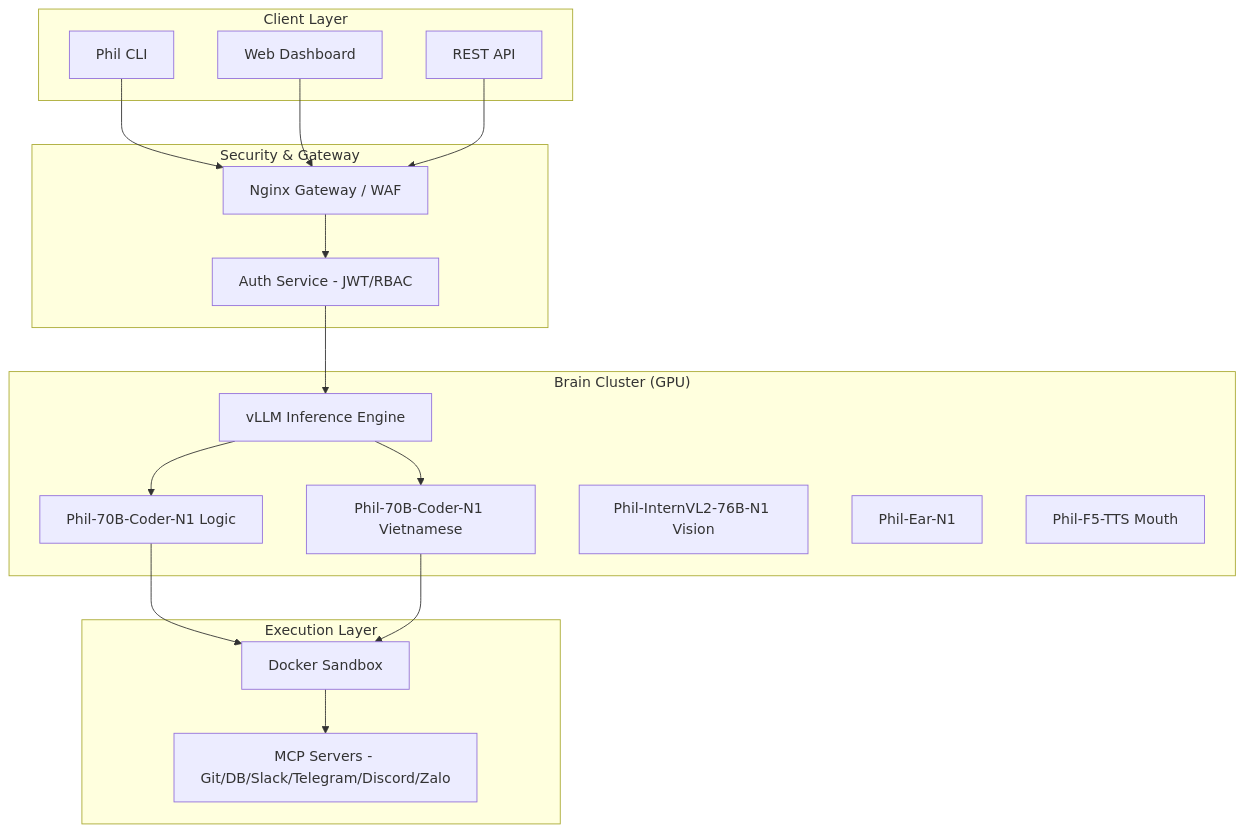
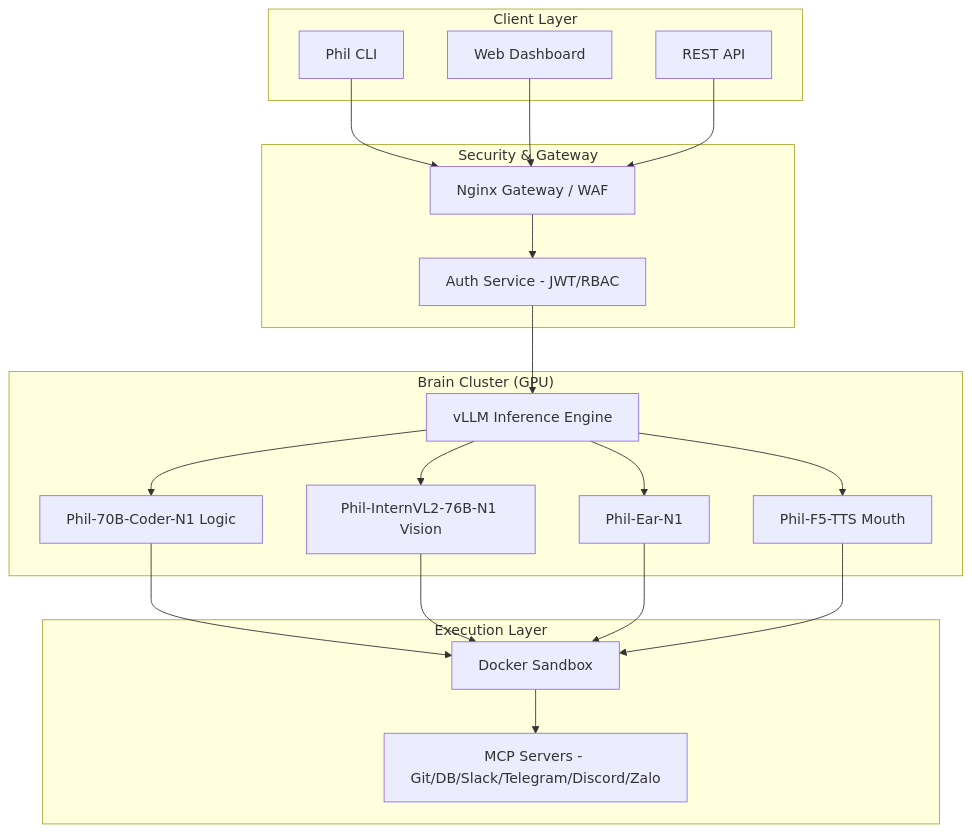
The diagram in README.md (hoang0650/phil-cli), drawn with Mermaid before and after one commit. The commit also changed 2 other files, not shown here.

Commit message:
update model name, README

````diff
--- a/README.md
+++ b/README.md
@@ -53,35 +53,36 @@
 ```mermaid
 graph TD
     subgraph "Client Layer"
         CLI[Phil CLI]
         Web[Web Dashboard]
         API[REST API]
     end
 
     subgraph "Security & Gateway"
         Nginx[Nginx Gateway / WAF]
         Auth[Auth Service - JWT/RBAC]
     end
 
     subgraph "Brain Cluster (GPU)"
         vLLM[vLLM Inference Engine]
         DeepSeek[Phil-70B-Coder-N1 Logic]
-        Qwen[Phil-70B-Coder-N1 Vietnamese]
         OpenGVLab[Phil-InternVL2-76B-N1 Vision]
         OpenAI[Phil-Ear-N1]
         F5-TTS[Phil-F5-TTS Mouth]
     end
 
     subgraph "Execution Layer"
         Sandbox[Docker Sandbox]
         MCP[MCP Servers - Git/DB/Slack/Telegram/Discord/Zalo]
     end
 
     CLI & Web & API --> Nginx
     Nginx --> Auth
     Auth --> vLLM
-    vLLM --> DeepSeek & Qwen
-    DeepSeek --> Sandbox
-    Qwen --> Sandbox    
+    vLLM --> DeepSeek & OpenGVLab & OpenAI & F5-TTS
+    DeepSeek --> Sandbox 
+    OpenGVLab --> Sandbox
+    OpenAI --> Sandbox
+    F5-TTS --> Sandbox
     Sandbox --> MCP
 ```
````
